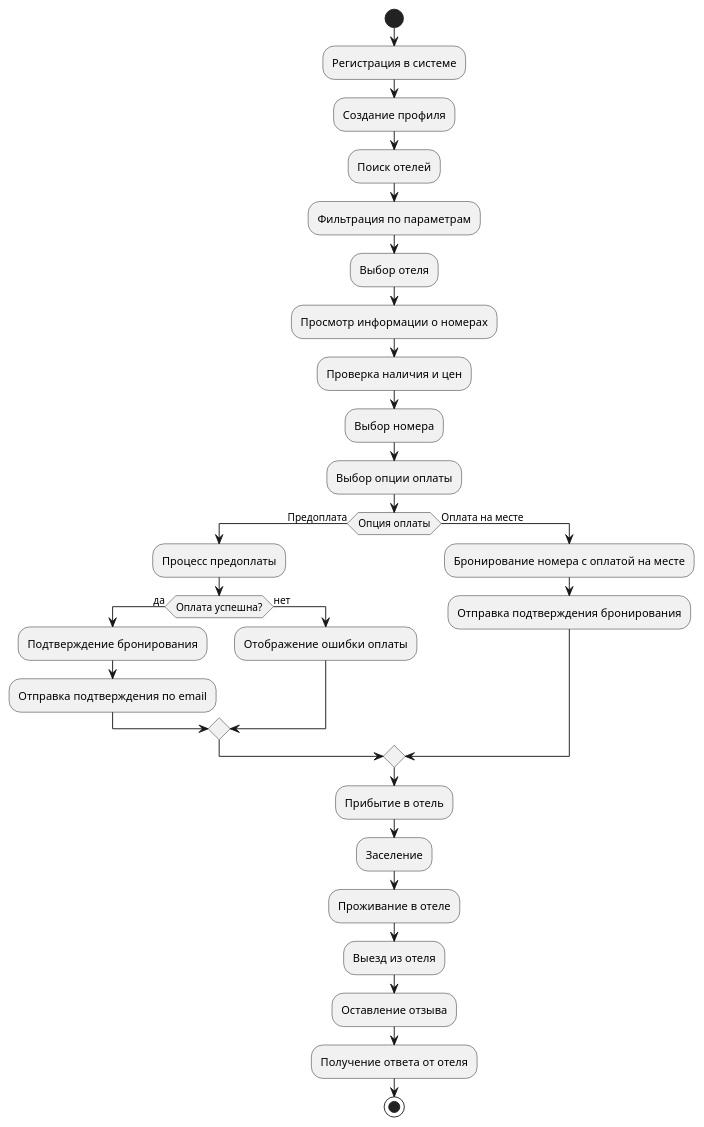
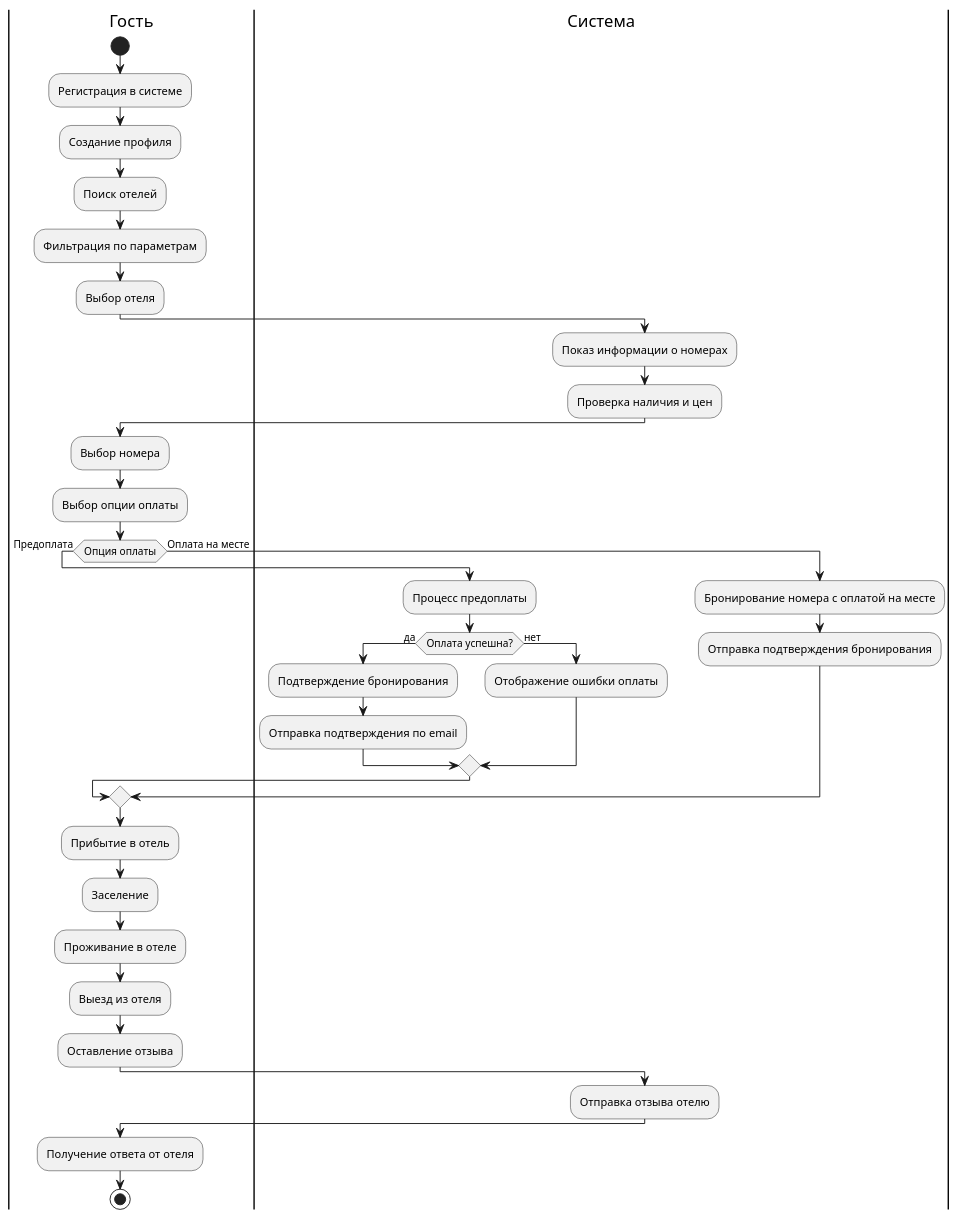
Before and after one commit to GornikMaria/SoftwareDevelopmentTechnology: the diagram in Diagrams/Activity.puml, drawn with PlantUML.

```diff
--- a/Diagrams/Activity.puml
+++ b/Diagrams/Activity.puml
@@ -1,40 +1,50 @@
 @startuml
+|Гость|
 start
 
 :Регистрация в системе;
 :Создание профиля;
 
 :Поиск отелей;
 :Фильтрация по параметрам;
 :Выбор отеля;
 
-:Просмотр информации о номерах;
+|Система|
+:Показ информации о номерах;
 :Проверка наличия и цен;
 
+|Гость|
 :Выбор номера;
 :Выбор опции оплаты;
 
 if (Опция оплаты) then (Предоплата)
+  |Система|
   :Процесс предоплаты;
   if (Оплата успешна?) then (да)
     :Подтверждение бронирования;
     :Отправка подтверждения по email;
   else (нет)
     :Отображение ошибки оплаты;
   endif
 else (Оплата на месте)
   :Бронирование номера с оплатой на месте;
   :Отправка подтверждения бронирования;
 endif
 
+|Гость|
 :Прибытие в отель;
 :Заселение;
 
 :Проживание в отеле;
 :Выезд из отеля;
 
 :Оставление отзыва;
+
+|Система|
+:Отправка отзыва отелю;
+
+|Гость|
 :Получение ответа от отеля;
 
 stop
 @enduml
```
